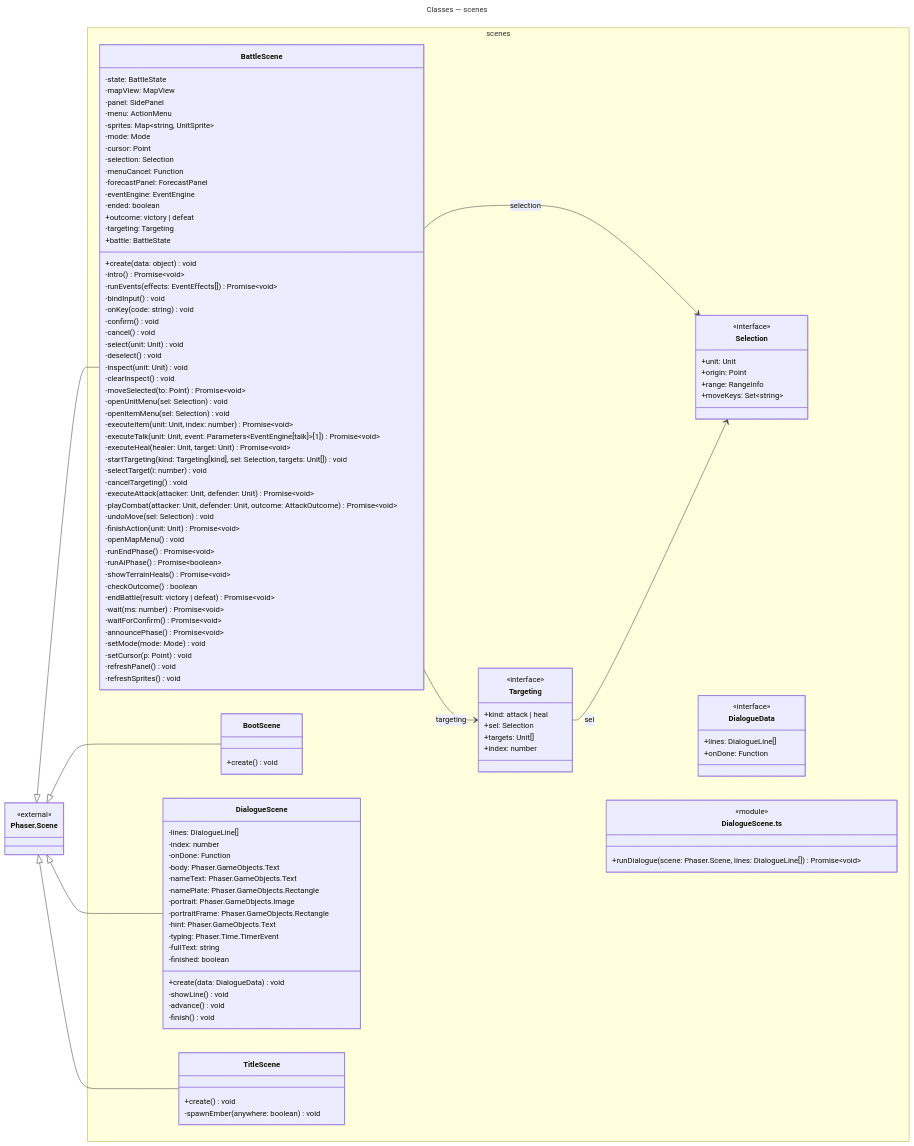
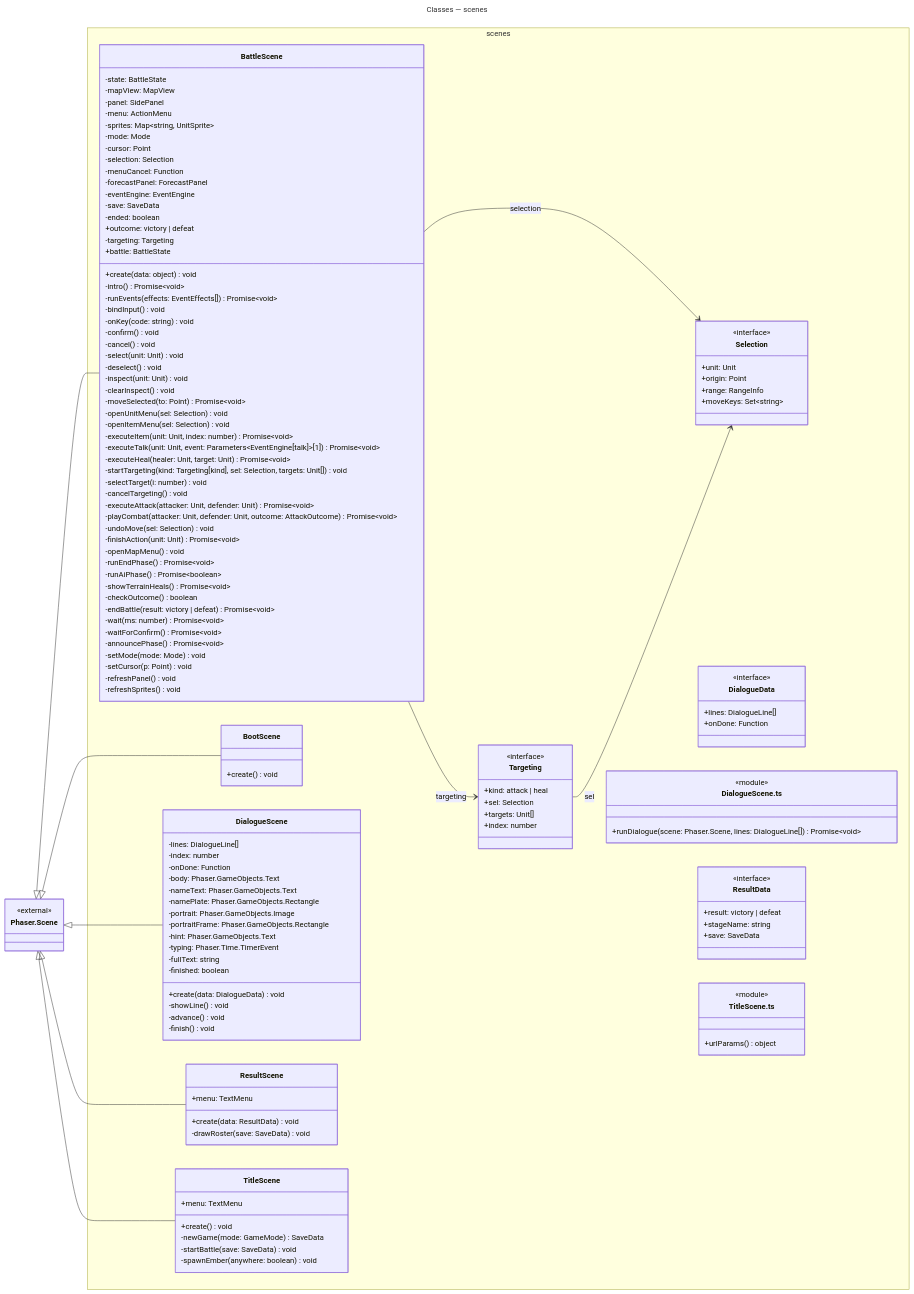
The sixth of 6 diagrams in docs/diagrams/classes.md (Pitossomos/fire-crest), drawn with Mermaid before and after one commit. The commit also changed other lines of this file and 18 other files, not shown here.

````diff
--- a/docs/diagrams/classes.md
+++ b/docs/diagrams/classes.md
@@ -1005,6 +1051,7 @@
       -menuCancel: Function
       -forecastPanel: ForecastPanel
       -eventEngine: EventEngine
+      -save: SaveData
       -ended: boolean
       +outcome: victory | defeat
       -targeting: Targeting
@@ -1091,9 +1138,27 @@
       <<module>>
       +runDialogue(scene: Phaser.Scene, lines: DialogueLine[]) Promise~void~
     }
+    class ResultScene {
+      +menu: TextMenu
+      +create(data: ResultData) void
+      -drawRoster(save: SaveData) void
+    }
+    class ResultData {
+      <<interface>>
+      +result: victory | defeat
+      +stageName: string
+      +save: SaveData
+    }
     class TitleScene {
+      +menu: TextMenu
       +create() void
+      -newGame(mode: GameMode) SaveData
+      -startBattle(save: SaveData) void
       -spawnEmber(anywhere: boolean) void
+    }
+    class mod_scenes_TitleScene["TitleScene.ts"] {
+      <<module>>
+      +urlParams() object
     }
   }
   class Phaser_Scene["Phaser.Scene"] {
@@ -1104,6 +1169,7 @@
   Phaser_Scene <|-- BattleScene
   Phaser_Scene <|-- BootScene
   Phaser_Scene <|-- DialogueScene
+  Phaser_Scene <|-- ResultScene
   Phaser_Scene <|-- TitleScene
   Targeting --> Selection : sel
 ```
````
